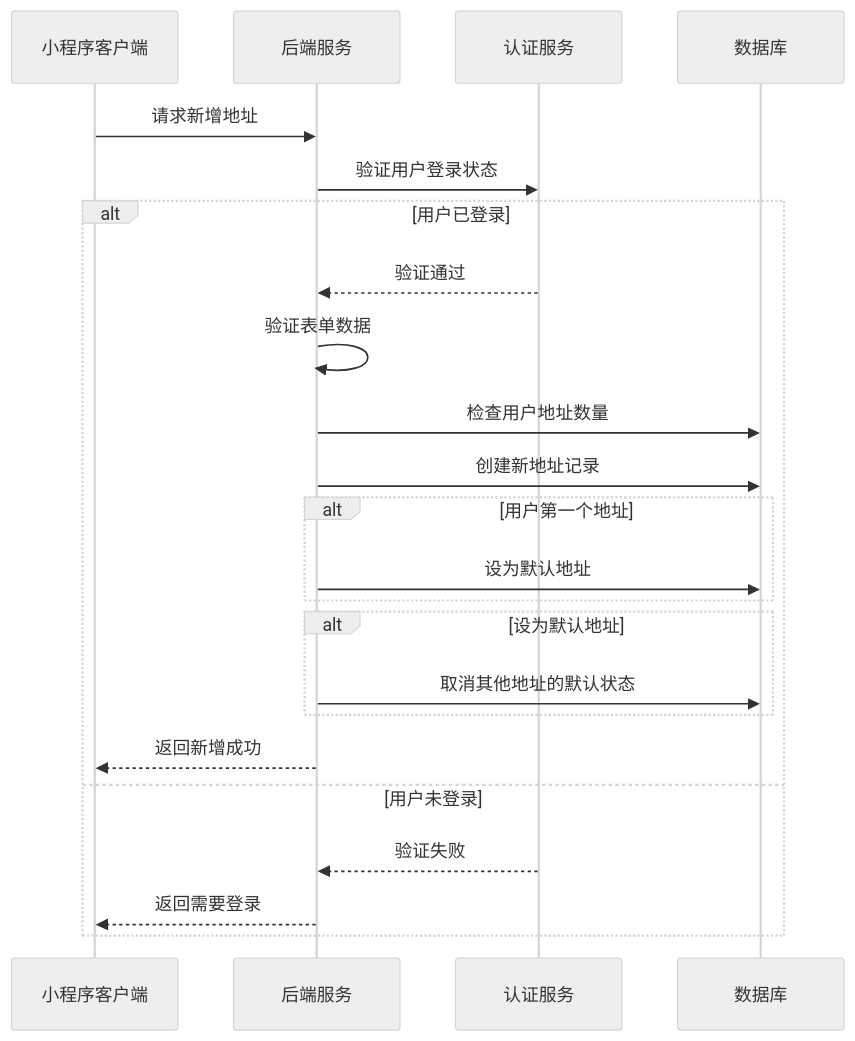
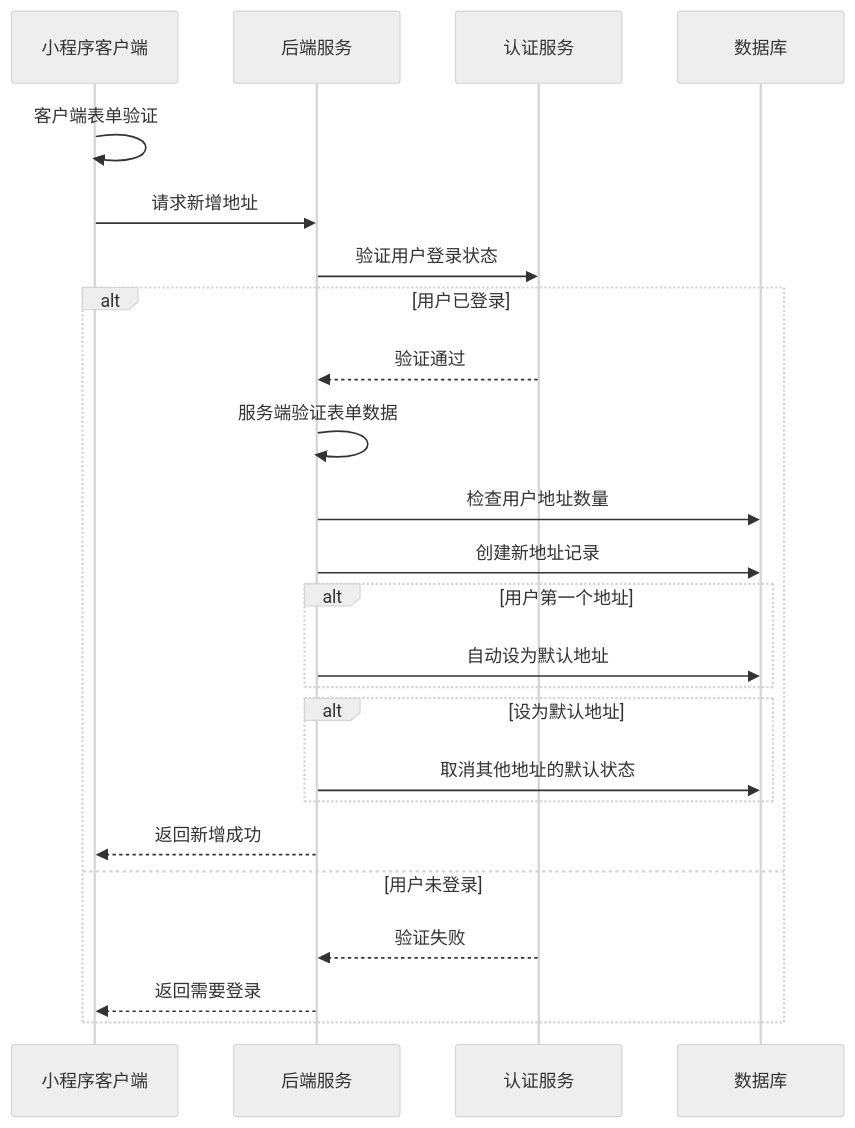
One commit to Childho/V4 changed the second of 3 diagrams in api-docs/address-form.md. Above: the diagram before and after it, drawn with Mermaid (neutral theme). The commit also changed other lines of this file and 21 other files, not shown here.

````diff
--- a/api-docs/address-form.md
+++ b/api-docs/address-form.md
@@ -98,25 +93,26 @@
 ```mermaid
 sequenceDiagram
     participant Client as 小程序客户端
     participant Server as 后端服务
     participant Auth as 认证服务
     participant DB as 数据库
+    Client->>Client: 客户端表单验证
     Client->>Server: 请求新增地址
     Server->>Auth: 验证用户登录状态
     alt 用户已登录
         Auth-->>Server: 验证通过
-        Server->>Server: 验证表单数据
+        Server->>Server: 服务端验证表单数据
         Server->>DB: 检查用户地址数量
         Server->>DB: 创建新地址记录
         alt 用户第一个地址
-            Server->>DB: 设为默认地址
+            Server->>DB: 自动设为默认地址
         end
         alt 设为默认地址
             Server->>DB: 取消其他地址的默认状态
         end
         Server-->>Client: 返回新增成功
     else 用户未登录
         Auth-->>Server: 验证失败
         Server-->>Client: 返回需要登录
     end
 ```
````
